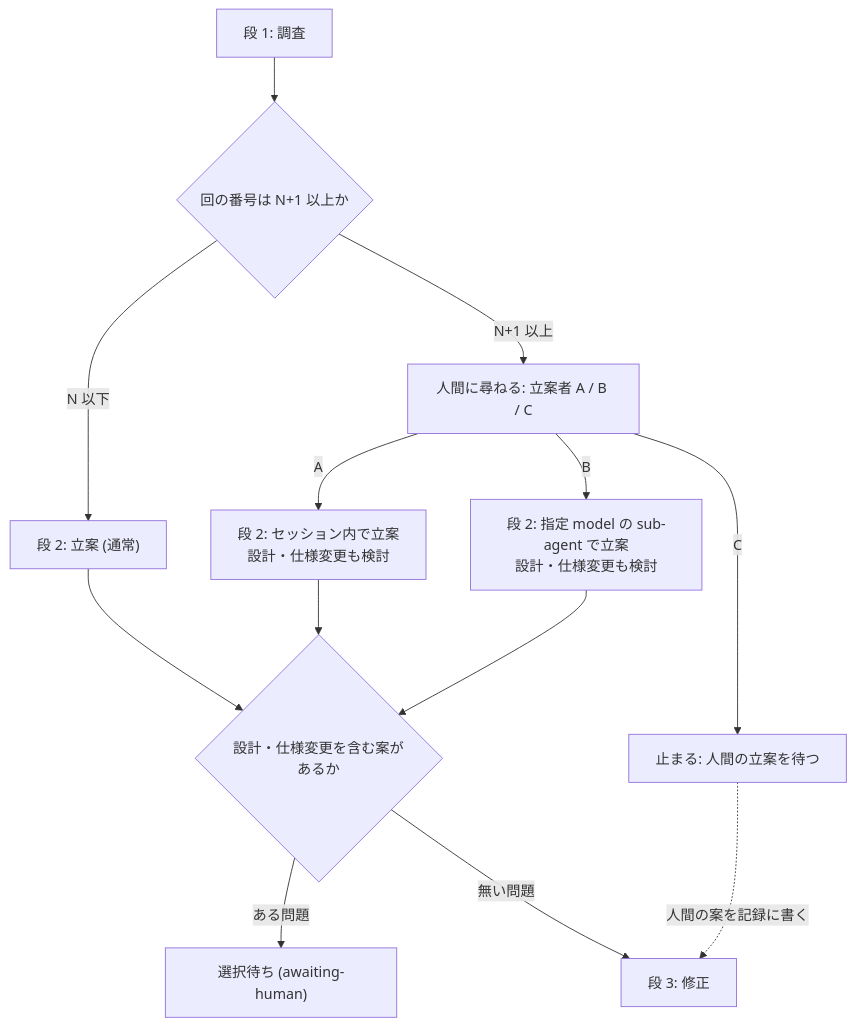
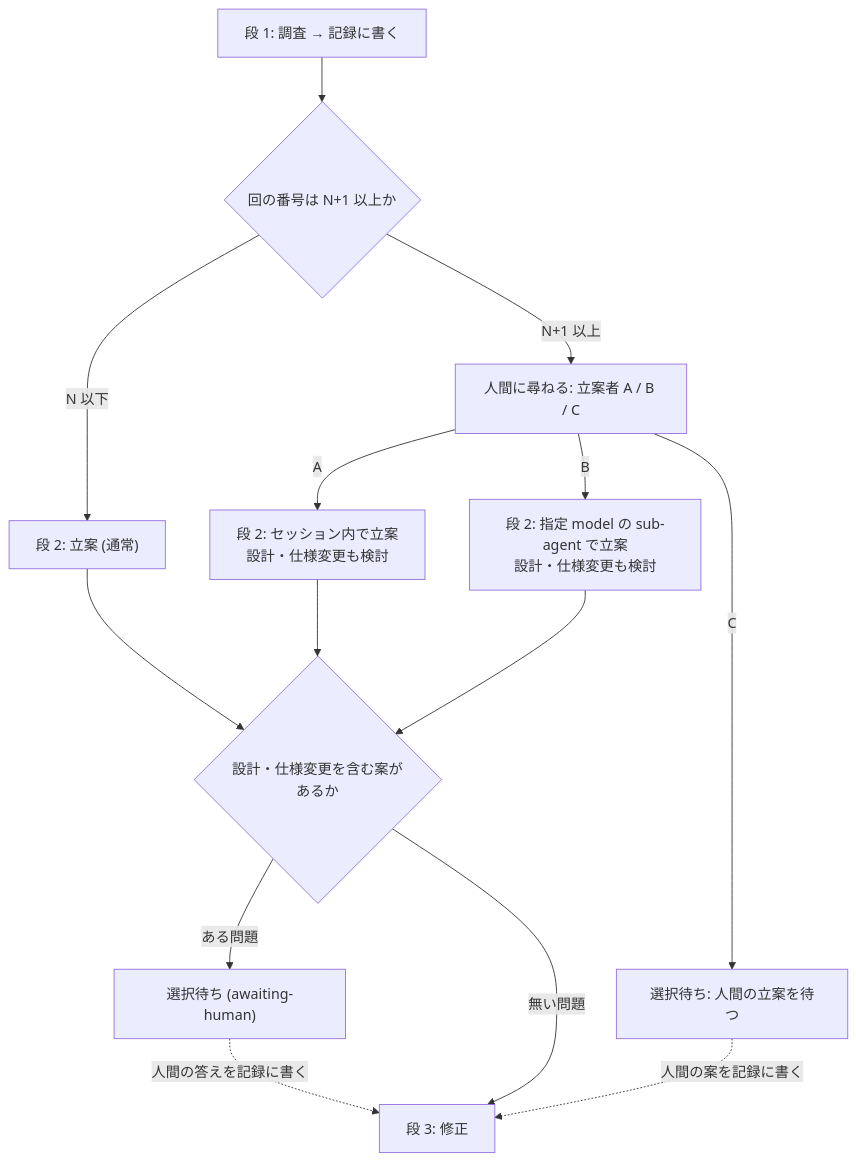
The first of 4 diagrams in docs/plans/2026-09-18-1845-feat-review-triage-round-threshold-planner-plan.md (akm/claude-plugins), drawn with Mermaid before and after one commit. The commit also changed other lines of this file, not shown here.

````diff
--- a/docs/plans/2026-09-18-1845-feat-review-triage-round-threshold-planner-plan.md
+++ b/docs/plans/2026-09-18-1845-feat-review-triage-round-threshold-planner-plan.md
@@ -113,15 +123,16 @@
 ```mermaid
 flowchart TB
-  S1["段 1: 調査"] --> Q{"回の番号は N+1 以上か"}
+  S1["段 1: 調査 → 記録に書く"] --> Q{"回の番号は N+1 以上か"}
   Q -- "N 以下" --> S2a["段 2: 立案 (通常)"]
   Q -- "N+1 以上" --> ASK["人間に尋ねる: 立案者 A / B / C"]
   ASK -- "A" --> S2b["段 2: セッション内で立案<br/>設計・仕様変更も検討"]
   ASK -- "B" --> S2c["段 2: 指定 model の sub-agent で立案<br/>設計・仕様変更も検討"]
-  ASK -- "C" --> WAIT["止まる: 人間の立案を待つ"]
+  ASK -- "C" --> WAIT["選択待ち: 人間の立案を待つ"]
   S2a --> D{"設計・仕様変更を含む案があるか"}
   S2b --> D
   S2c --> D
   D -- "ある問題" --> AH["選択待ち (awaiting-human)"]
   D -- "無い問題" --> S3["段 3: 修正"]
   WAIT -. "人間の案を記録に書く" .-> S3
+  AH -. "人間の答えを記録に書く" .-> S3
 ```
````
